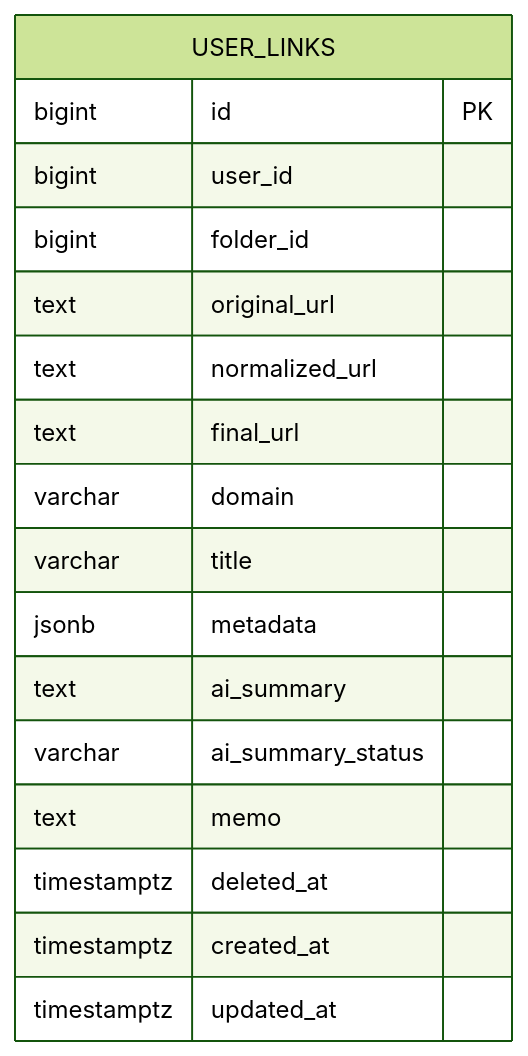
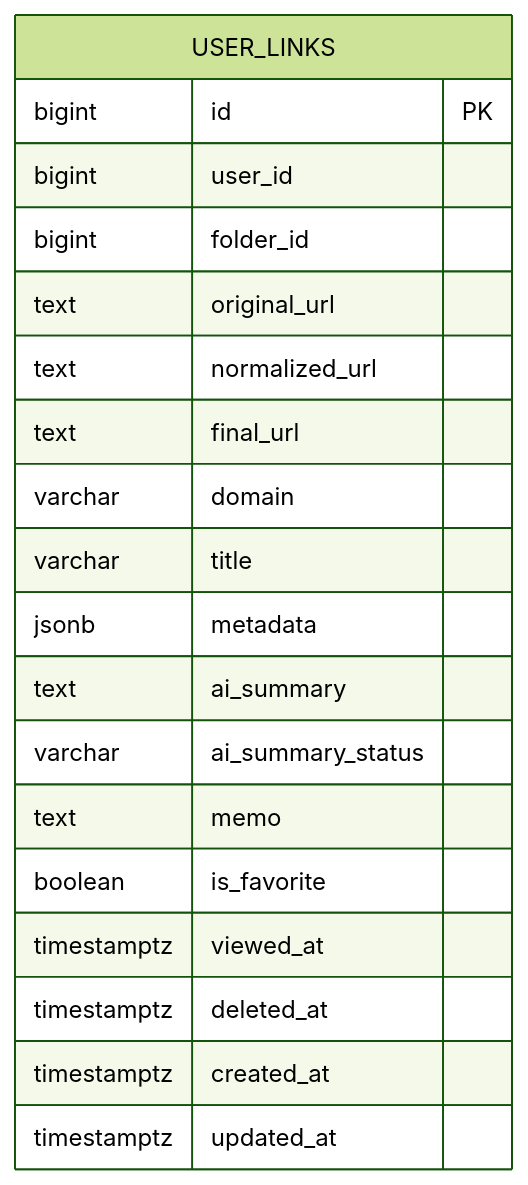
The diagram in docs/database/tables/user_links.md (mash-up-kr/Promise.9-Server), drawn with Mermaid (forest theme) before and after one commit. The commit also changed other lines of this file and 1 other file, not shown here.

````diff
--- a/docs/database/tables/user_links.md
+++ b/docs/database/tables/user_links.md
@@ -7,20 +7,22 @@
 ```mermaid
 erDiagram
   USER_LINKS {
     bigint id PK
     bigint user_id
     bigint folder_id
     text original_url
     text normalized_url
     text final_url
     varchar domain
     varchar title
     jsonb metadata
     text ai_summary
     varchar ai_summary_status
     text memo
+    boolean is_favorite
+    timestamptz viewed_at
     timestamptz deleted_at
     timestamptz created_at
     timestamptz updated_at
   }
 ```
````
